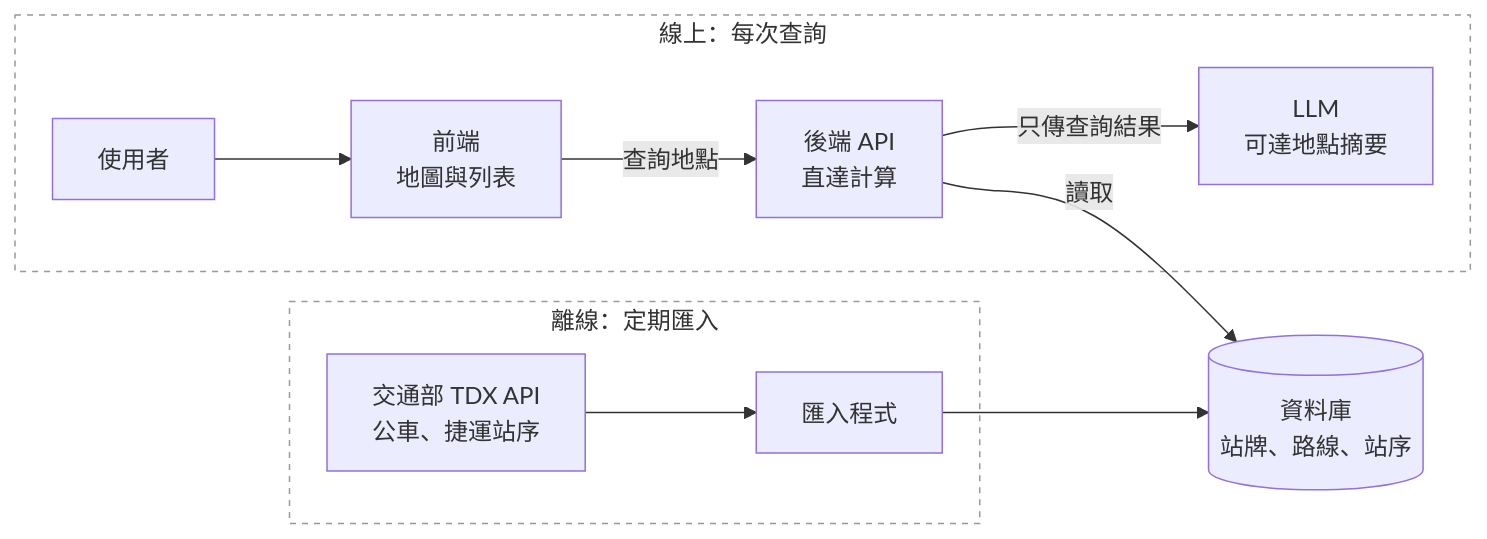
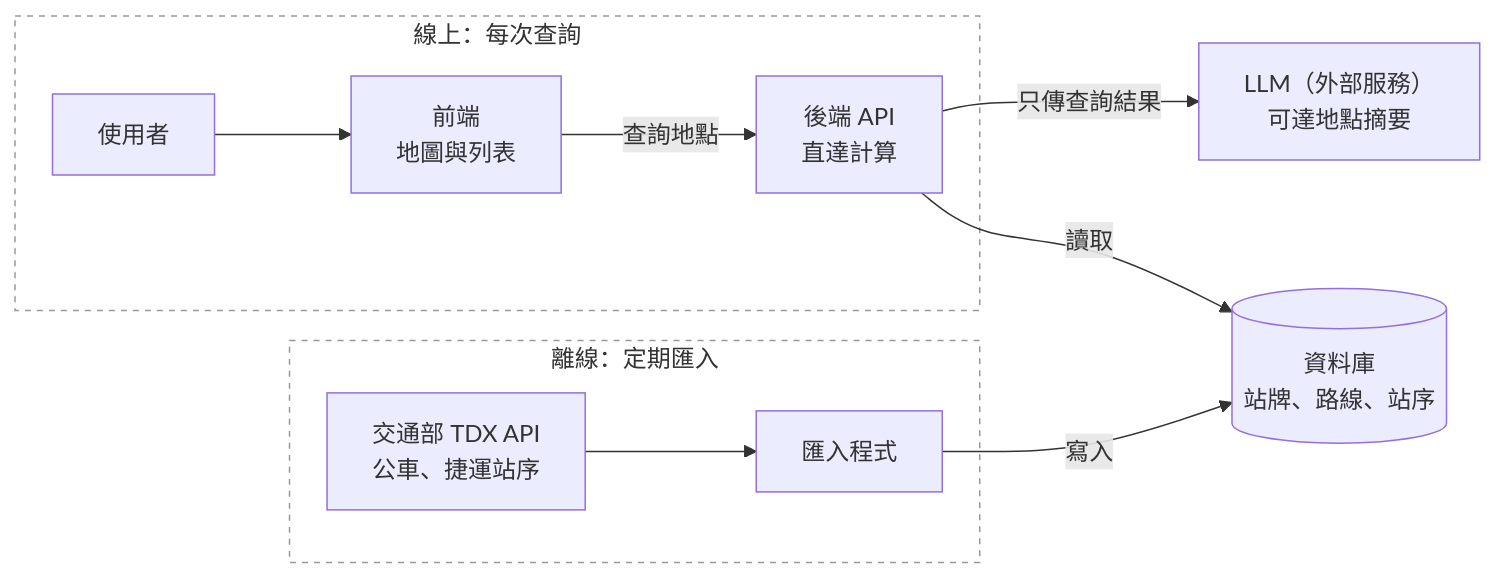
The second of 2 diagrams in proposal.md (transit-reach/dev-notes), drawn with Mermaid before and after one commit.

Commit message:
docs: 修正架構圖排版

````diff
--- a/proposal.md
+++ b/proposal.md
@@ -62,15 +62,15 @@
 ```mermaid
 flowchart LR
+    subgraph online["線上：每次查詢"]
+        User["使用者"] --> FE["前端<br/>地圖與列表"]
+        FE -->|"查詢地點"| API["後端 API<br/>直達計算"]
+    end
+    API -->|"只傳查詢結果"| LLM["LLM（外部服務）<br/>可達地點摘要"]
+    API -->|"讀取"| DB[("資料庫<br/>站牌、路線、站序")]
     subgraph offline["離線：定期匯入"]
         TDX["交通部 TDX API<br/>公車、捷運站序"] --> ETL["匯入程式"]
     end
-    ETL --> DB[("資料庫<br/>站牌、路線、站序")]
-    subgraph online["線上：每次查詢"]
-        User["使用者"] --> FE["前端<br/>地圖與列表"]
-        FE -->|"查詢地點"| API["後端 API<br/>直達計算"]
-        API -->|"只傳查詢結果"| LLM["LLM<br/>可達地點摘要"]
-    end
-    API -->|"讀取"| DB
+    ETL -->|"寫入"| DB
     style offline fill:none,stroke:#999,stroke-dasharray:4 4
     style online fill:none,stroke:#999,stroke-dasharray:4 4
 ```
````
